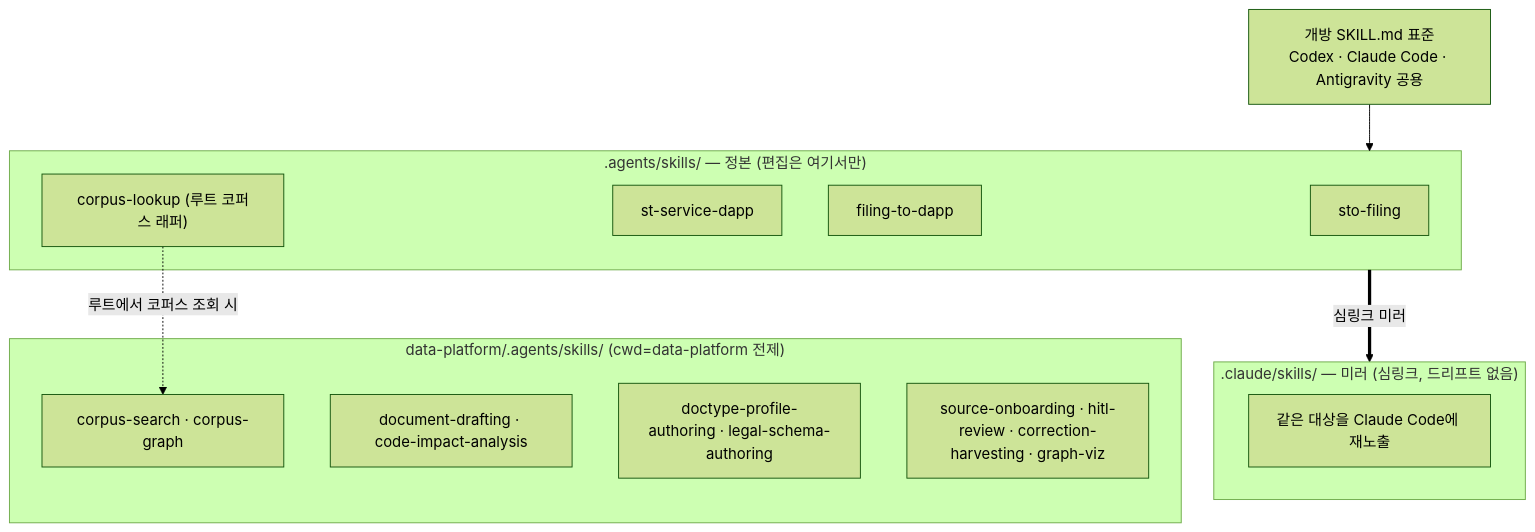
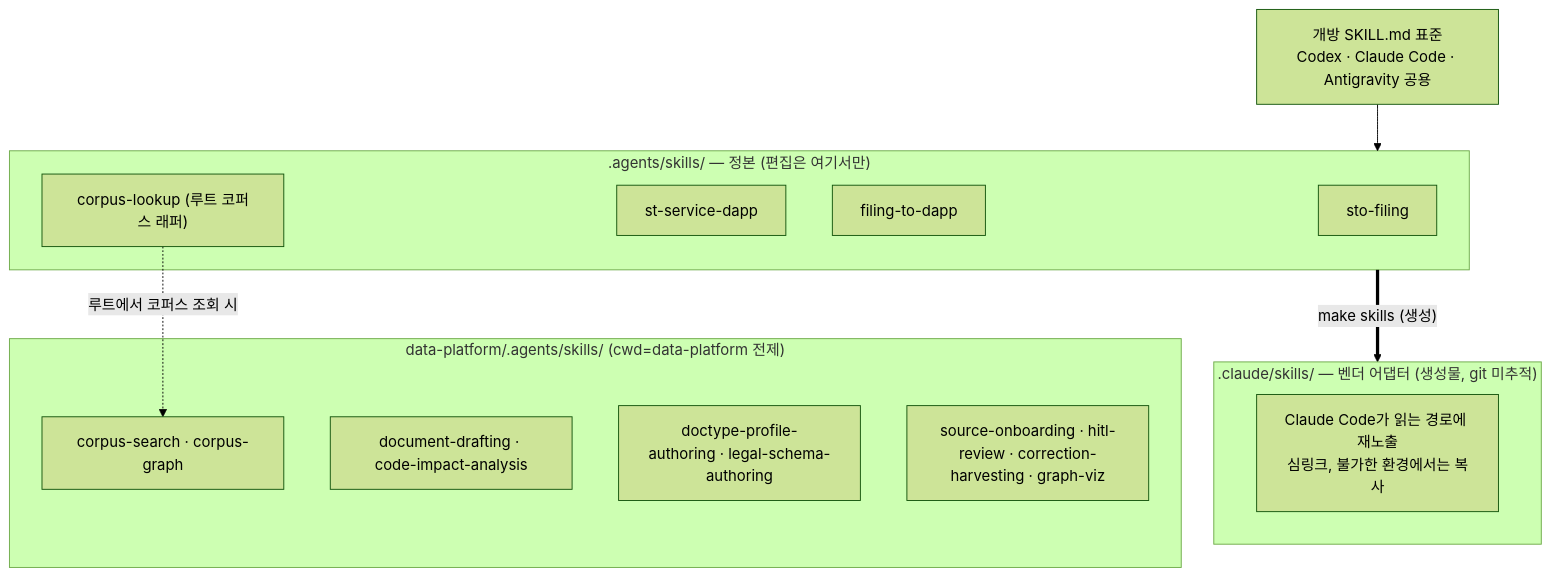
The fifth of 5 diagrams in ARCHITECTURE.md (fistline/2026BCMD), drawn with Mermaid (forest theme) before and after one commit. The commit also changed other lines of this file and 22 other files, not shown here.

````diff
--- a/ARCHITECTURE.md
+++ b/ARCHITECTURE.md
@@ -110,22 +110,22 @@
 ```mermaid
 flowchart TD
   std["개방 SKILL.md 표준<br/>Codex · Claude Code · Antigravity 공용"]
   std --> SRC
   subgraph SRC[".agents/skills/ — 정본 (편집은 여기서만)"]
     r1["sto-filing"]
     r2["st-service-dapp"]
     r3["filing-to-dapp"]
     r4["corpus-lookup (루트 코퍼스 래퍼)"]
   end
-  SRC ==>|"심링크 미러"| MIR
-  subgraph MIR[".claude/skills/ — 미러 (심링크, 드리프트 없음)"]
-    m["같은 대상을 Claude Code에 재노출"]
+  SRC ==>|"make skills (생성)"| MIR
+  subgraph MIR[".claude/skills/ — 벤더 어댑터 (생성물, git 미추적)"]
+    m["Claude Code가 읽는 경로에 재노출<br/>심링크, 불가한 환경에서는 복사"]
   end
   subgraph DPS["data-platform/.agents/skills/ (cwd=data-platform 전제)"]
     d1["corpus-search · corpus-graph"]
     d2["document-drafting · code-impact-analysis"]
     d3["doctype-profile-authoring · legal-schema-authoring"]
     d4["source-onboarding · hitl-review · correction-harvesting · graph-viz"]
   end
   r4 -. "루트에서 코퍼스 조회 시" .-> d1
 ```
````
